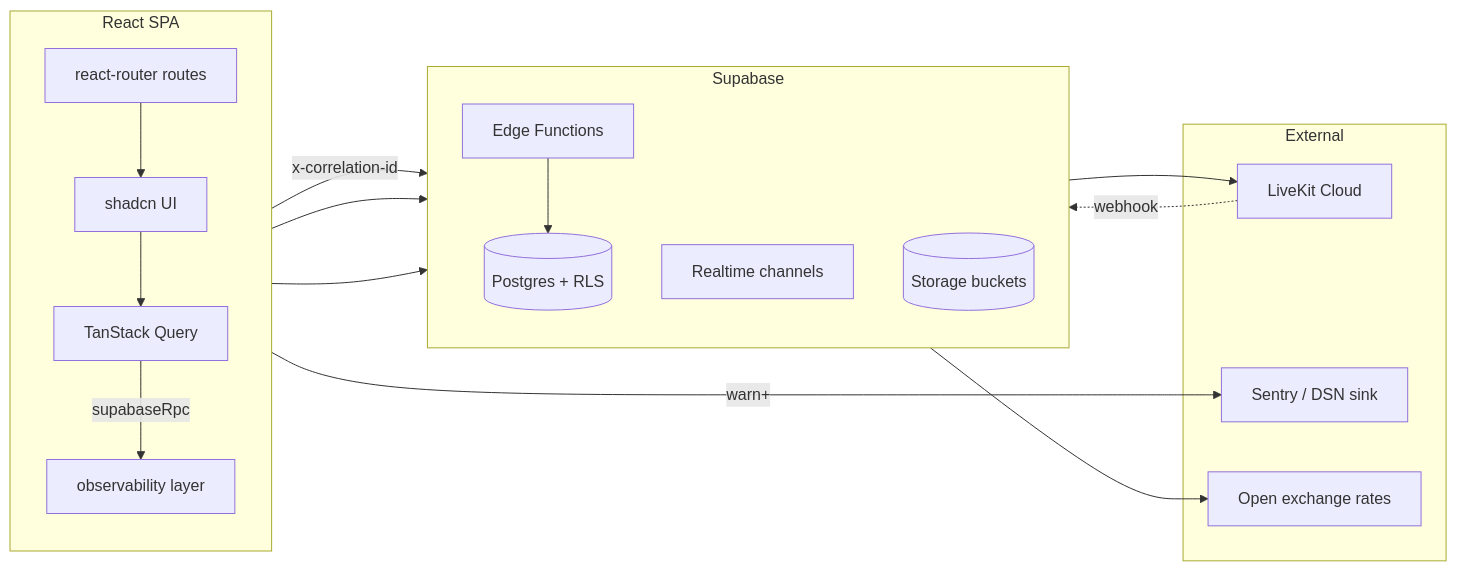
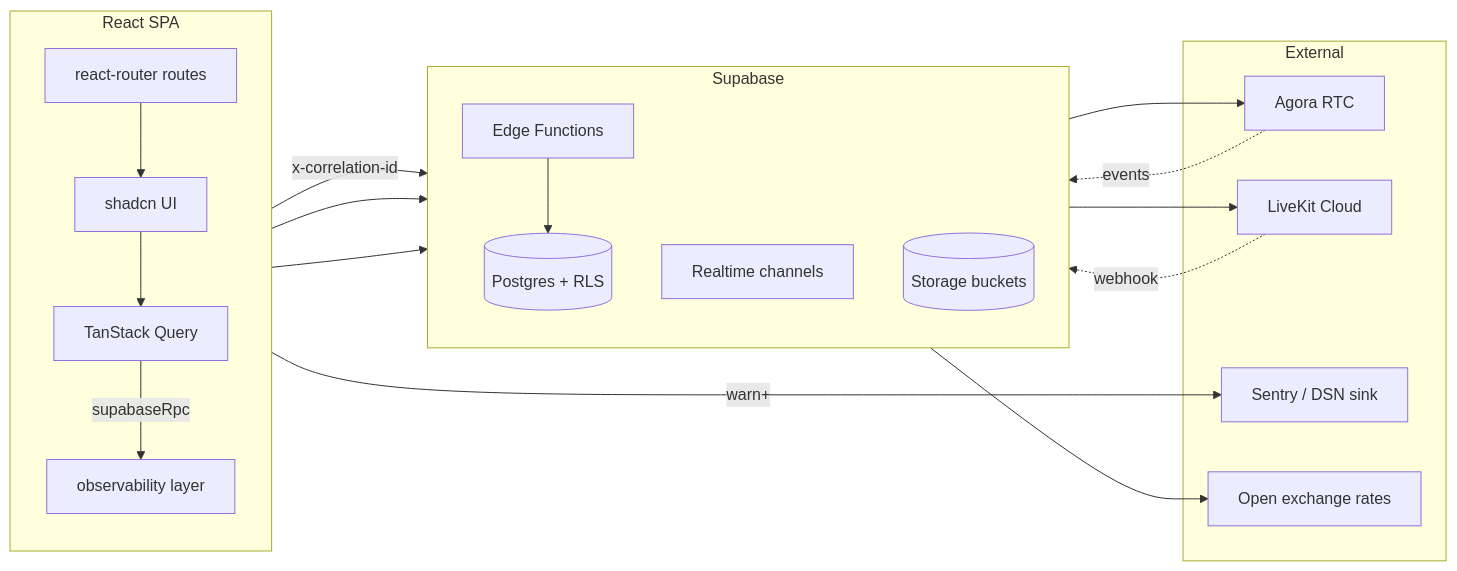
Before and after one commit to illuxus-bm/illuxus: the diagram in README.md, drawn with Mermaid. The commit also changed other lines of this file and 1 other file, not shown here.

First line of the commit message:
Update README and ROADMAP to reflect recent shipped work

````diff
--- a/README.md
+++ b/README.md
@@ -62,36 +62,39 @@
 ```mermaid
 flowchart LR
   subgraph Client[React SPA]
     direction TB
     Routes[react-router routes]
     UI[shadcn UI]
     Query[TanStack Query]
     Obs[observability layer]
   end
 
   subgraph Supabase
     direction TB
     DB[(Postgres + RLS)]
     RT[Realtime channels]
     Storage[(Storage buckets)]
     Edge[Edge Functions]
   end
 
   subgraph External
+    AG[Agora RTC]
     LK[LiveKit Cloud]
     Sentry[Sentry / DSN sink]
     FX[Open exchange rates]
   end
 
   Routes --> UI
   UI --> Query
   Query -->|supabaseRpc| Obs
   Obs -->|x-correlation-id| DB
   Obs -->|warn+| Sentry
   UI --> RT
   UI --> Storage
   Edge --> DB
+  Edge --> AG
   Edge --> LK
   Edge --> FX
+  AG -.events.-> Edge
   LK -.webhook.-> Edge
 ```
````
